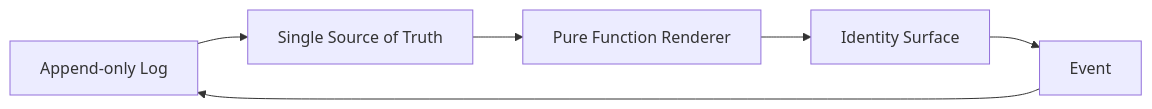
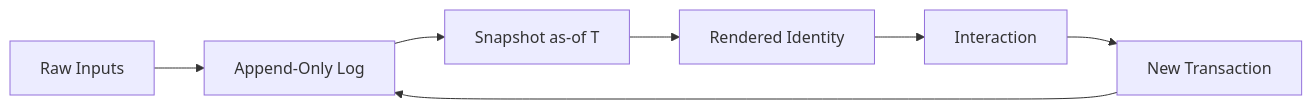
The first of 8 diagrams in presenter.md (Synthetic-Identity-Co/conj-talk-2025), drawn with Mermaid before and after one commit. The commit also changed other lines of this file, not shown here.

````diff
--- a/presenter.md
+++ b/presenter.md
@@ -44,8 +44,9 @@
 ```mermaid
 graph LR
-    A[Append-only Log] --> B[Single Source of Truth]
-    B --> C[Pure Function Renderer]
-    C --> D[Identity Surface]
-    D --> E[Event]
-    E --> A
+    A[Raw Inputs] --> B[Append-Only Log]
+    B --> C[Snapshot as-of T]
+    C --> D[Rendered Identity]
+    D --> E[Interaction]
+    E --> F[New Transaction]
+    F --> B
 ```
````
